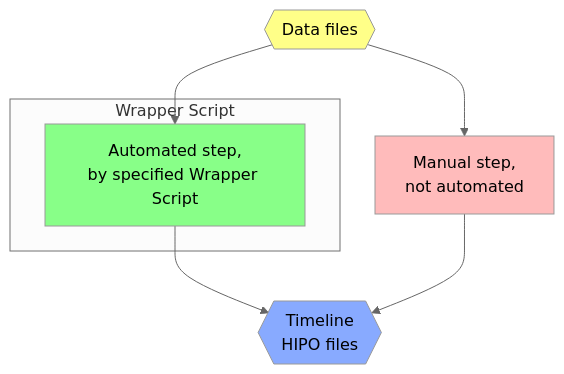
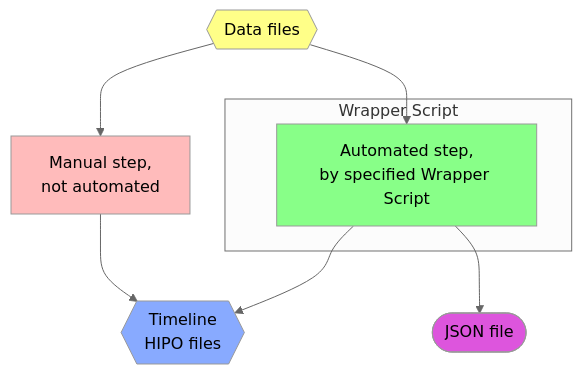
The first of 2 diagrams in qa-physics/docs/docDiagram.md (raffaelladevita/clas12-timeline), drawn with Mermaid (neutral theme) before and after one commit. The commit also changed other lines of this file and 7 other files, not shown here.

````diff
--- a/qa-physics/docs/docDiagram.md
+++ b/qa-physics/docs/docDiagram.md
@@ -4,18 +4,21 @@
 ```mermaid
 flowchart TB
     data{{Data files}}:::data
     timeline{{Timeline<br/>HIPO files}}:::timeline
     subgraph "Wrapper Script"
       auto[Automated step,<br/>by specified Wrapper Script]:::auto
     end
     manual[Manual step,<br/>not automated]:::manual
+    json([JSON file]):::json
     data --> auto
     data --> manual
     auto --> timeline
     manual --> timeline
+    auto --> json
 
     classDef data fill:#ff8,color:black
     classDef auto fill:#8f8,color:black
     classDef manual fill:#fbb,color:black
     classDef timeline fill:#8af,color:black
+    classDef json fill:#d5d,color:black
 ```
````
